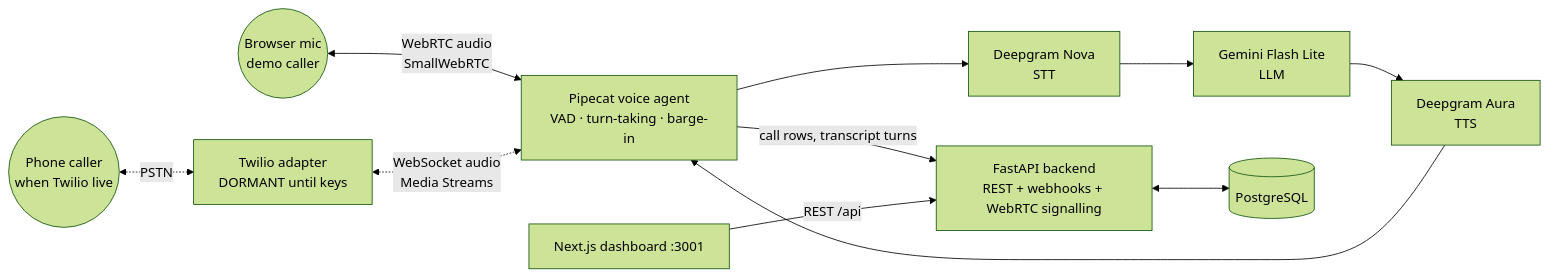
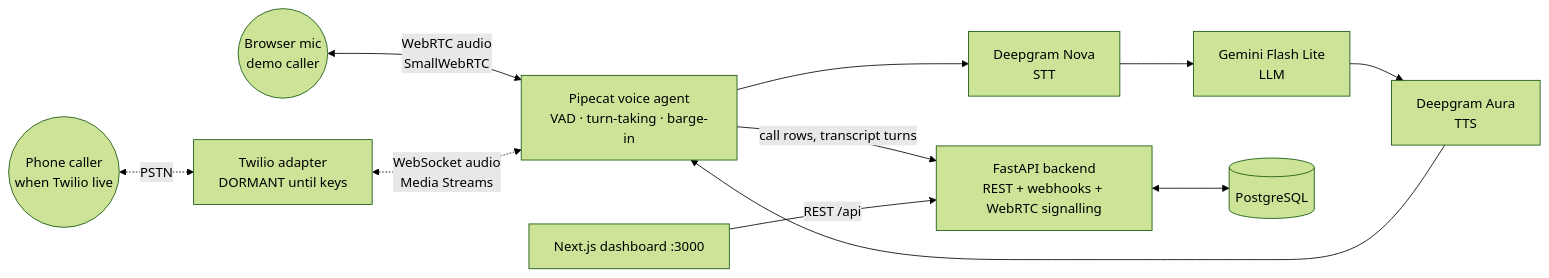
One commit to sajiiid09/automated-call-centre changed the diagram in ARCHITECTURE.md. Above: the diagram before and after it, drawn with Mermaid (forest theme). The commit also changed 6 other files, not shown here.

````diff
--- a/ARCHITECTURE.md
+++ b/ARCHITECTURE.md
@@ -5,21 +5,21 @@
 ```mermaid
 flowchart LR
     Browser((Browser mic\ndemo caller))
     Caller((Phone caller\nwhen Twilio live))
     Twilio[Twilio adapter\nDORMANT until keys]
     Agent[Pipecat voice agent\nVAD · turn-taking · barge-in]
     DG_STT[Deepgram Nova\nSTT]
     Gemini[Gemini Flash Lite\nLLM]
     DG_TTS[Deepgram Aura\nTTS]
     API[FastAPI backend\nREST + webhooks + WebRTC signalling]
     DB[(PostgreSQL)]
-    FE[Next.js dashboard :3001]
+    FE[Next.js dashboard :3000]
 
     Browser <-->|WebRTC audio\nSmallWebRTC| Agent
     Caller <-.->|PSTN| Twilio
     Twilio <-.->|WebSocket audio\nMedia Streams| Agent
     Agent --> DG_STT --> Gemini --> DG_TTS --> Agent
     Agent -->|call rows, transcript turns| API
     API <--> DB
     FE -->|REST /api| API
 ```
````
